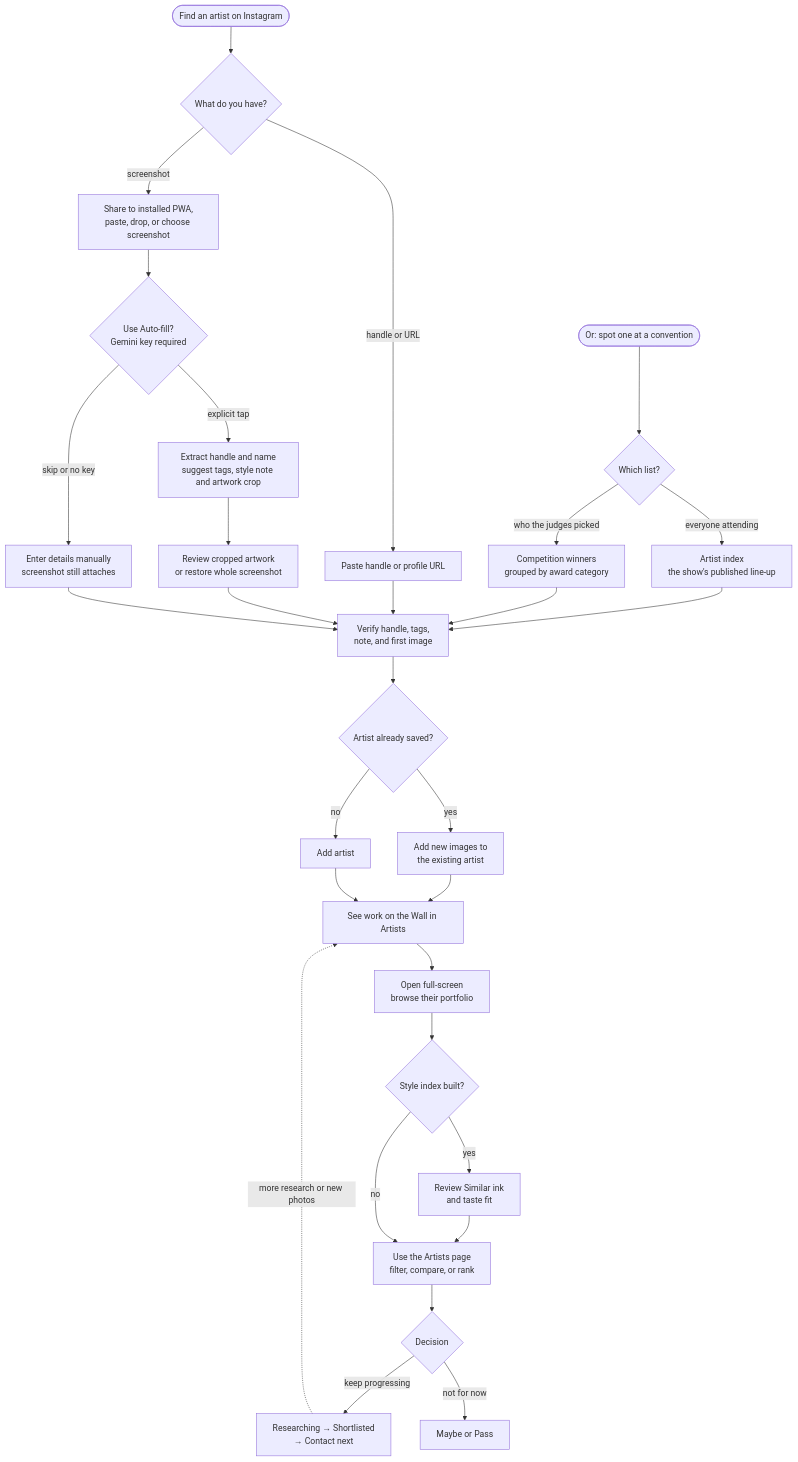
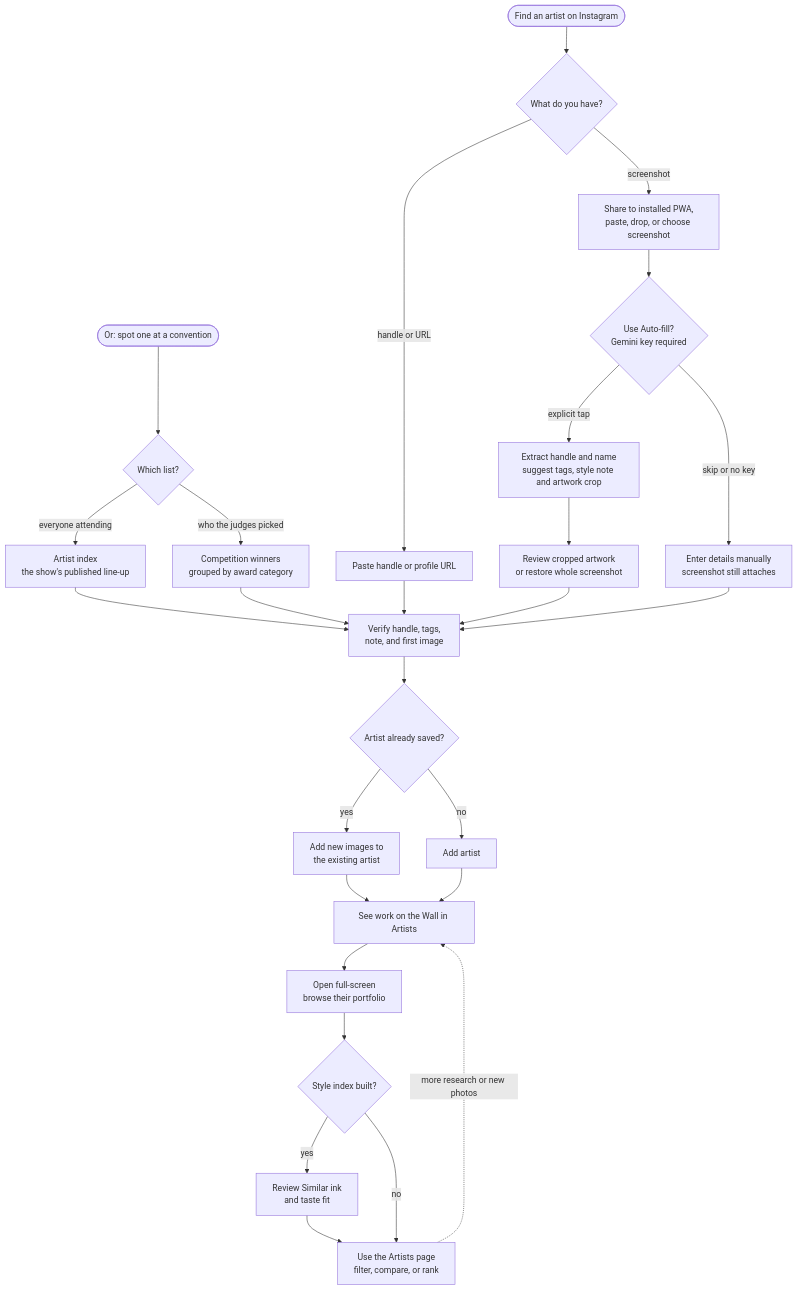
The second of 8 diagrams in docs/USER-WORKFLOWS.md (Pritesh1980/sable), drawn with Mermaid before and after one commit. The commit also changed other lines of this file and 85 other files, not shown here.

````diff
--- a/docs/USER-WORKFLOWS.md
+++ b/docs/USER-WORKFLOWS.md
@@ -50,46 +50,40 @@
 ```mermaid
 flowchart TB
   START(["Find an artist on Instagram"])
   SHOW(["Or: spot one at a convention"])
   RADARIN{"Which list?"}
   LINEUP["Artist index<br/>the show's published line-up"]
   WINNERS["Competition winners<br/>grouped by award category"]
   CAPTURE{"What do you have?"}
   SHOT["Share to installed PWA,<br/>paste, drop, or choose screenshot"]
   HANDLE["Paste handle or profile URL"]
   KEY{"Use Auto-fill?<br/>Gemini key required"}
   ANALYSE["Extract handle and name<br/>suggest tags, style note and artwork crop"]
   CROP["Review cropped artwork<br/>or restore whole screenshot"]
   MANUAL["Enter details manually<br/>screenshot still attaches"]
   VERIFY["Verify handle, tags,<br/>note, and first image"]
   DUP{"Artist already saved?"}
   APPEND["Add new images to<br/>the existing artist"]
   ADD["Add artist"]
   WALL["See work on the Wall in Artists"]
   VIEW["Open full-screen<br/>browse their portfolio"]
   INDEX{"Style index built?"}
   SIMILAR["Review Similar ink<br/>and taste fit"]
   ORGANISE["Use the Artists page<br/>filter, compare, or rank"]
-  STATUS{"Decision"}
-  ACTIVE["Researching → Shortlisted<br/>→ Contact next"]
-  PARK["Maybe or Pass"]
 
   START --> CAPTURE
   SHOW --> RADARIN
   RADARIN -- "everyone attending" --> LINEUP --> VERIFY
   RADARIN -- "who the judges picked" --> WINNERS --> VERIFY
   CAPTURE -- "screenshot" --> SHOT --> KEY
   CAPTURE -- "handle or URL" --> HANDLE --> VERIFY
   KEY -- "explicit tap" --> ANALYSE --> CROP --> VERIFY
   KEY -- "skip or no key" --> MANUAL --> VERIFY
   VERIFY --> DUP
   DUP -- yes --> APPEND --> WALL
   DUP -- no --> ADD --> WALL
   WALL --> VIEW --> INDEX
   INDEX -- yes --> SIMILAR --> ORGANISE
   INDEX -- no --> ORGANISE
-  ORGANISE --> STATUS
-  STATUS -- "keep progressing" --> ACTIVE
-  STATUS -- "not for now" --> PARK
-  ACTIVE -. "more research or new photos" .-> WALL
+  ORGANISE -. "more research or new photos" .-> WALL
 ```
````
